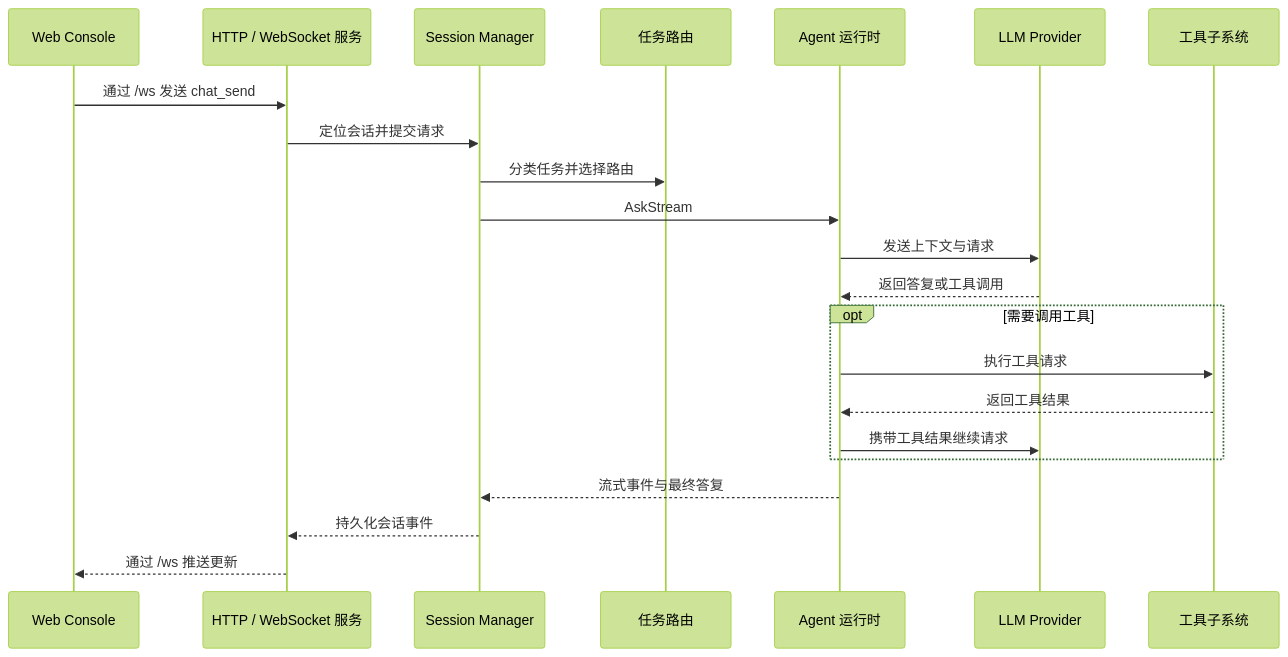
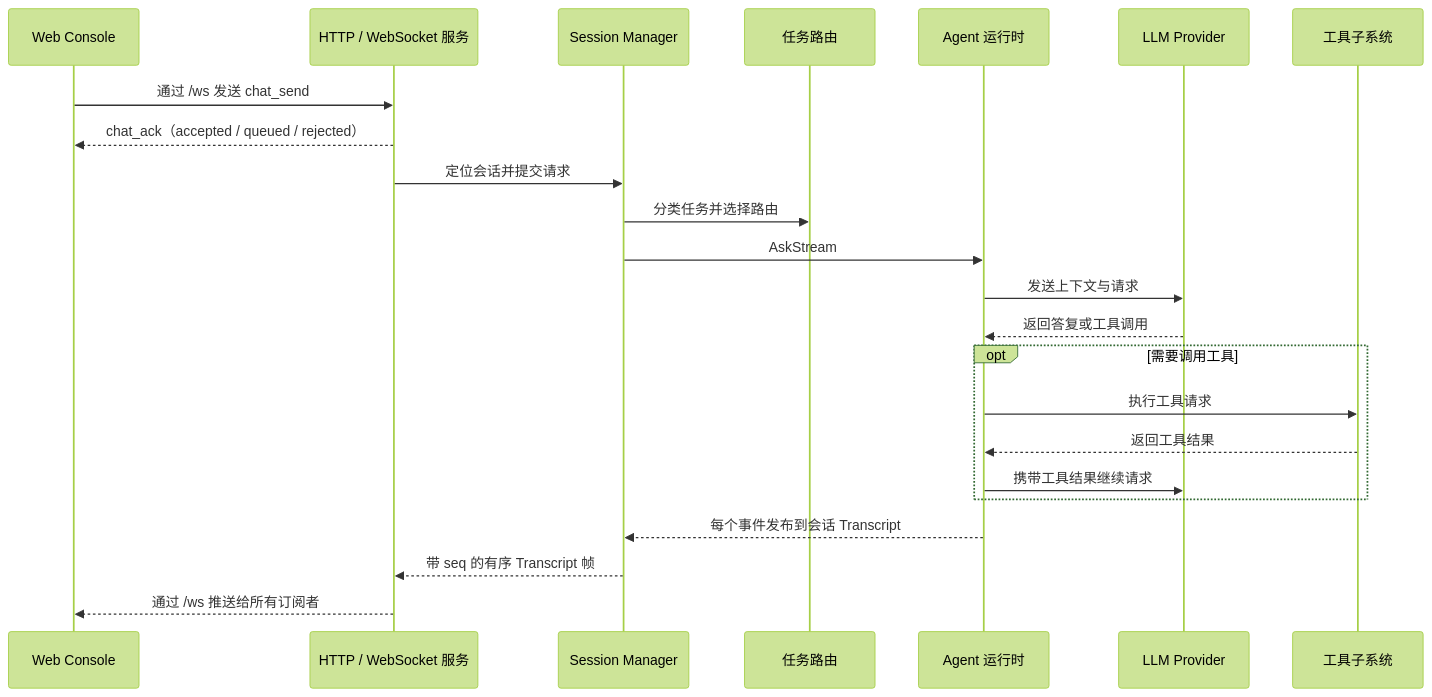
One commit to Fize/soloQueue changed the second of 2 diagrams in docs/zh/architecture.md. Above: the diagram before and after it, drawn with Mermaid (forest theme). The commit also changed other lines of this file and 79 other files, not shown here.

````diff
--- a/docs/zh/architecture.md
+++ b/docs/zh/architecture.md
@@ -46,24 +46,25 @@
 ```mermaid
 sequenceDiagram
   participant Browser as Web Console
   participant API as HTTP / WebSocket 服务
   participant Session as Session Manager
   participant Router as 任务路由
   participant Agent as Agent 运行时
   participant LLM as LLM Provider
   participant Tool as 工具子系统
   Browser->>API: 通过 /ws 发送 chat_send
+  API-->>Browser: chat_ack（accepted / queued / rejected）
   API->>Session: 定位会话并提交请求
   Session->>Router: 分类任务并选择路由
   Session->>Agent: AskStream
   Agent->>LLM: 发送上下文与请求
   LLM-->>Agent: 返回答复或工具调用
   opt 需要调用工具
     Agent->>Tool: 执行工具请求
     Tool-->>Agent: 返回工具结果
     Agent->>LLM: 携带工具结果继续请求
   end
-  Agent-->>Session: 流式事件与最终答复
-  Session-->>API: 持久化会话事件
-  API-->>Browser: 通过 /ws 推送更新
+  Agent-->>Session: 每个事件发布到会话 Transcript
+  Session-->>API: 带 seq 的有序 Transcript 帧
+  API-->>Browser: 通过 /ws 推送给所有订阅者
 ```
````
